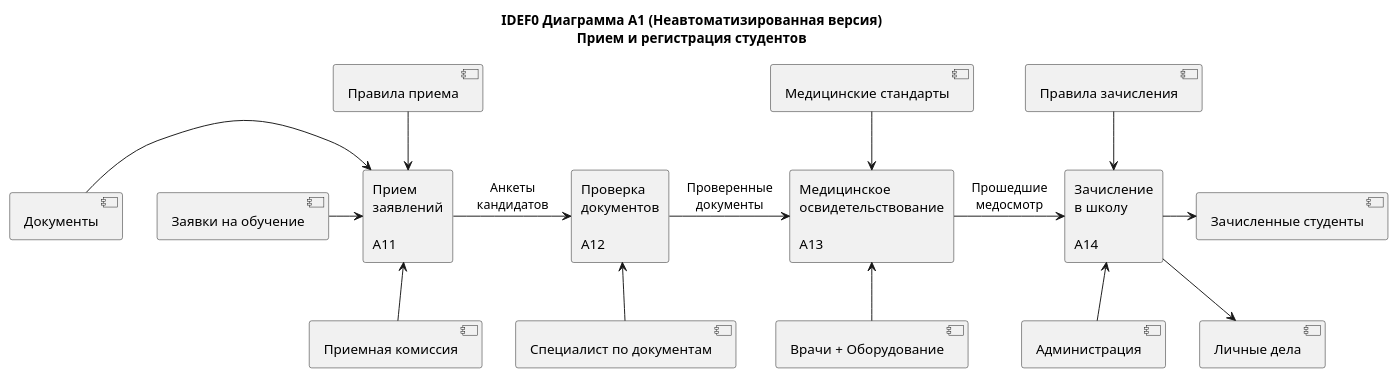
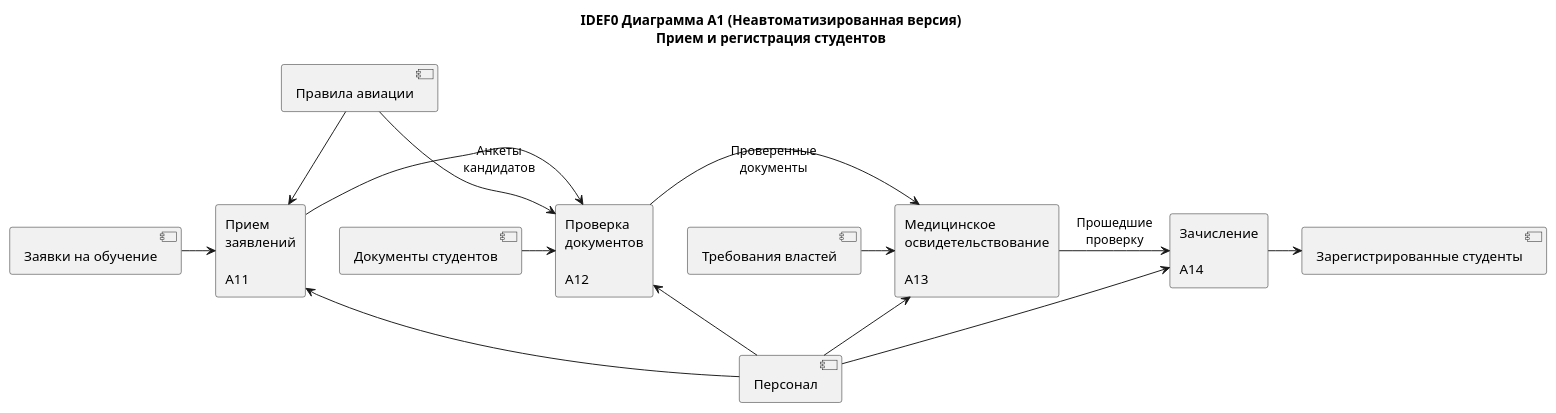
One commit to oINCLUDEo/Coursework2 changed the diagram in diagrams/idef0/non-automated/A1_admission.puml. Above: the diagram before and after it, drawn with PlantUML. The commit also changed 9 other files, not shown here.

Commit message:
Fix IDEF0 consistency: all elements in child diagrams now come from parent level

```diff
--- a/diagrams/idef0/non-automated/A1_admission.puml
+++ b/diagrams/idef0/non-automated/A1_admission.puml
@@ -1,34 +1,33 @@
 @startuml A1 Прием и регистрация (Неавтоматизированная)
 
 title IDEF0 Диаграмма A1 (Неавтоматизированная версия)\nПрием и регистрация студентов
 
 rectangle "Прием\nзаявлений\n\nA11" as A11
 rectangle "Проверка\nдокументов\n\nA12" as A12
 rectangle "Медицинское\nосвидетельствование\n\nA13" as A13
-rectangle "Зачисление\nв школу\n\nA14" as A14
+rectangle "Зачисление\n\nA14" as A14
 
-' Входы - максимум 3
+' Входы - те же что в A0 для процесса A1
 [Заявки на обучение] -right-> A11
-[Документы] -right-> A11
+[Документы студентов] -right-> A12
+[Требования властей] -right-> A13
 
 ' Потоки между процессами
 A11 -right-> A12 : Анкеты\nкандидатов
 A12 -right-> A13 : Проверенные\nдокументы
-A13 -right-> A14 : Прошедшие\nмедосмотр
+A13 -right-> A14 : Прошедшие\nпроверку
 
-' Управление - максимум 4
-[Правила приема] -down-> A11
-[Медицинские стандарты] -down-> A13
-[Правила зачисления] -down-> A14
+' Управление - те же что в A0 для процесса A1
+[Правила авиации] -down-> A11
+[Правила авиации] -down-> A12
 
-' Выходы - максимум 4
-A14 -right-> [Зачисленные студенты]
-A14 -down-> [Личные дела]
+' Выходы - внутренний поток к A2
+A14 -right-> [Зарегистрированные студенты]
 
-' Механизмы - максимум 5
-[Приемная комиссия] -up-> A11
-[Специалист по документам] -up-> A12
-[Врачи + Оборудование] -up-> A13
-[Администрация] -up-> A14
+' Механизмы - те же что в A0 для процесса A1
+[Персонал] -up-> A11
+[Персонал] -up-> A12
+[Персонал] -up-> A13
+[Персонал] -up-> A14
 
 @enduml
```
